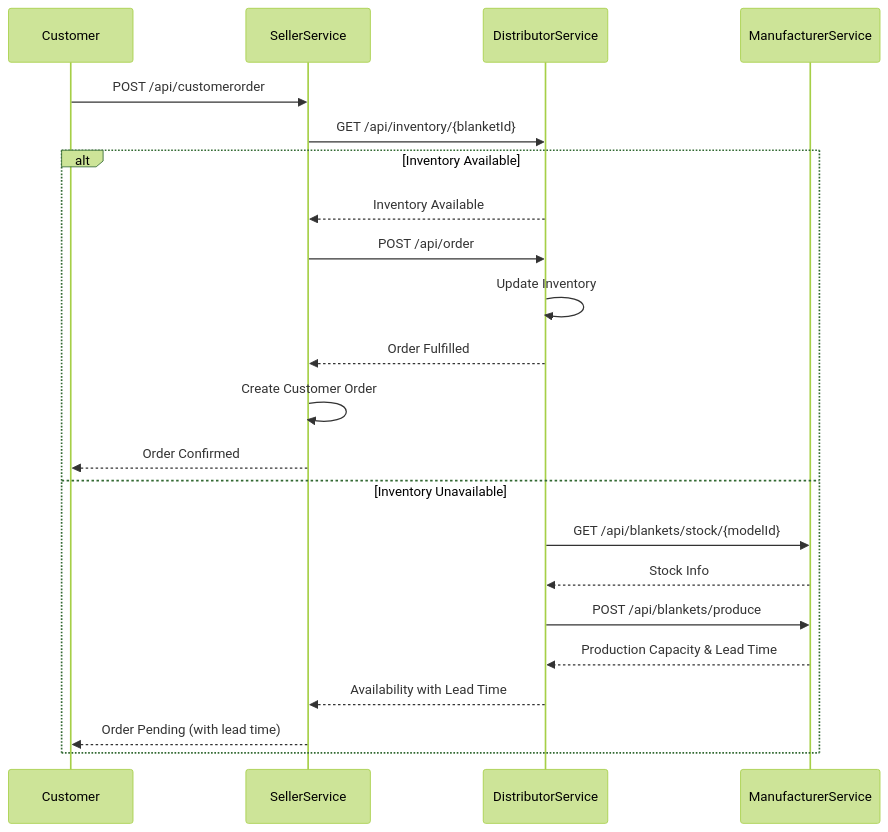
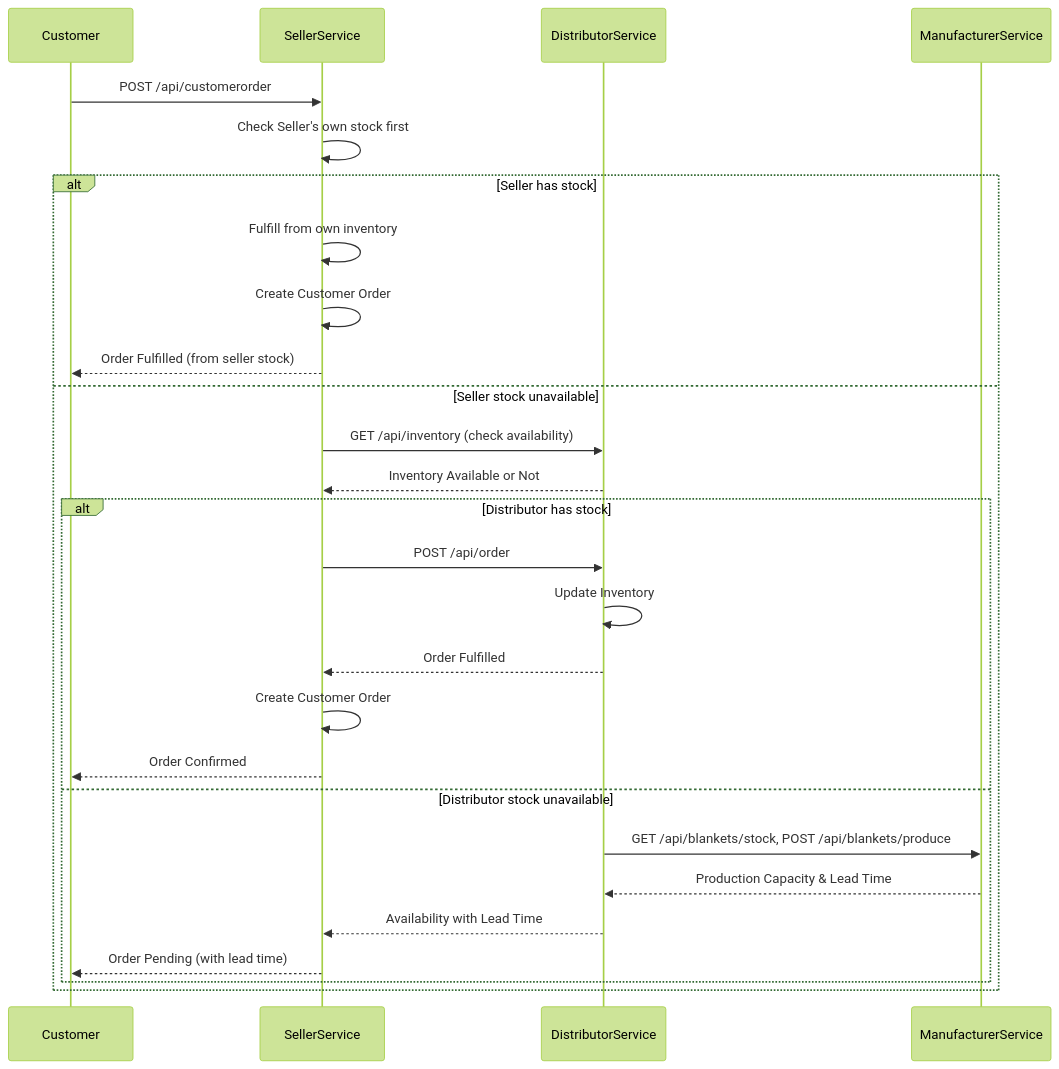
Before and after one commit to sachitha2/cozy-blankets-: the third of 11 diagrams in docs/DESIGN_DIAGRAMS.md, drawn with Mermaid (forest theme). The commit also changed other lines of this file and 8 other files, not shown here.

````diff
--- a/docs/DESIGN_DIAGRAMS.md
+++ b/docs/DESIGN_DIAGRAMS.md
@@ -74,26 +79,32 @@
 ```mermaid
 sequenceDiagram
     participant C as Customer
     participant S as SellerService
     participant D as DistributorService
     participant M as ManufacturerService
 
     C->>S: POST /api/customerorder
-    S->>D: GET /api/inventory/{blanketId}
+    S->>S: Check Seller's own stock first
     
-    alt Inventory Available
-        D-->>S: Inventory Available
-        S->>D: POST /api/order
-        D->>D: Update Inventory
-        D-->>S: Order Fulfilled
+    alt Seller has stock
+        S->>S: Fulfill from own inventory
         S->>S: Create Customer Order
-        S-->>C: Order Confirmed
-    else Inventory Unavailable
-        D->>M: GET /api/blankets/stock/{modelId}
-        M-->>D: Stock Info
-        D->>M: POST /api/blankets/produce
-        M-->>D: Production Capacity & Lead Time
-        D-->>S: Availability with Lead Time
-        S-->>C: Order Pending (with lead time)
+        S-->>C: Order Fulfilled (from seller stock)
+    else Seller stock unavailable
+        S->>D: GET /api/inventory (check availability)
+        D-->>S: Inventory Available or Not
+        
+        alt Distributor has stock
+            S->>D: POST /api/order
+            D->>D: Update Inventory
+            D-->>S: Order Fulfilled
+            S->>S: Create Customer Order
+            S-->>C: Order Confirmed
+        else Distributor stock unavailable
+            D->>M: GET /api/blankets/stock, POST /api/blankets/produce
+            M-->>D: Production Capacity & Lead Time
+            D-->>S: Availability with Lead Time
+            S-->>C: Order Pending (with lead time)
+        end
     end
 ```
````
